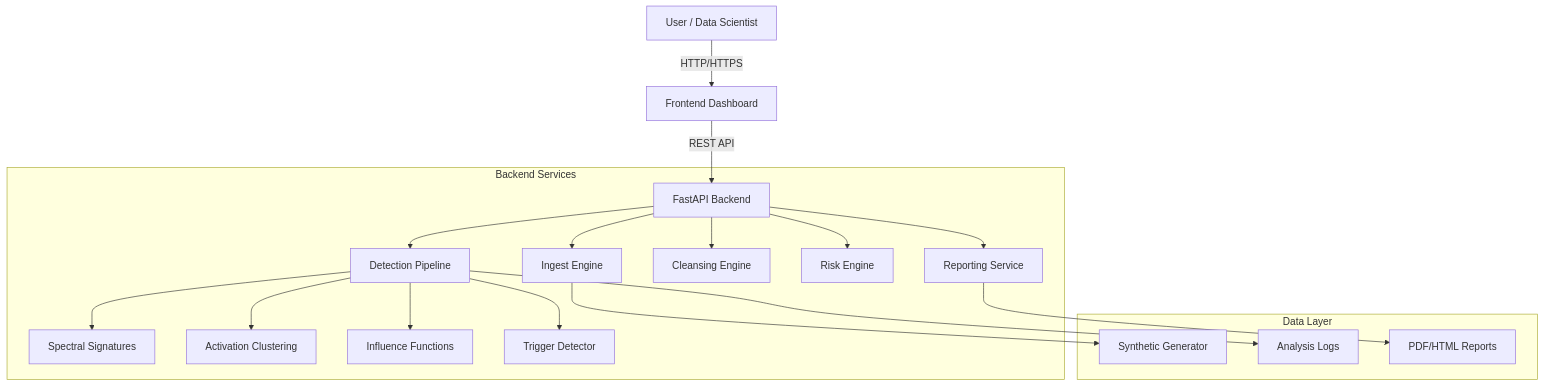
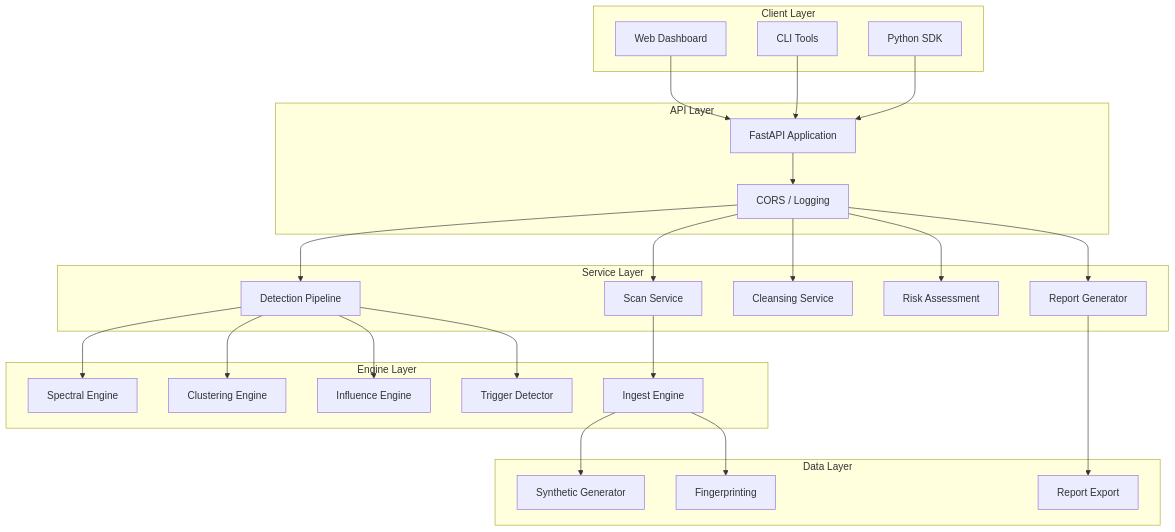
One commit to Raoof128/DPDT changed the first of 4 diagrams in docs/ARCHITECTURE.md. Above: the diagram before and after it, drawn with Mermaid. The commit also changed other lines of this file and 3 other files, not shown here.

````diff
--- a/docs/ARCHITECTURE.md
+++ b/docs/ARCHITECTURE.md
@@ -9,24 +28,56 @@
 ```mermaid
 graph TD
-    User[User / Data Scientist] -->|HTTP/HTTPS| Frontend[Frontend Dashboard]
-    Frontend -->|REST API| API[FastAPI Backend]
+    subgraph Client Layer
+        Web[Web Dashboard]
+        CLI[CLI Tools]
+        SDK[Python SDK]
+    end
+
+    subgraph API Layer
+        API[FastAPI Application]
+        Middleware[CORS / Logging]
+    end
+
+    subgraph Service Layer
+        Scan[Scan Service]
+        Detect[Detection Pipeline]
+        Clean[Cleansing Service]
+        Risk[Risk Assessment]
+        Report[Report Generator]
+    end
+
+    subgraph Engine Layer
+        Spectral[Spectral Engine]
+        Cluster[Clustering Engine]
+        Influence[Influence Engine]
+        Trigger[Trigger Detector]
+        Ingest[Ingest Engine]
+    end
+
+    subgraph Data Layer
+        SynGen[Synthetic Generator]
+        Hash[Fingerprinting]
+        Export[Report Export]
+    end
+
+    Web --> API
+    CLI --> API
+    SDK --> API
     
-    subgraph Backend Services
-        API --> Ingest[Ingest Engine]
-        API --> Detect[Detection Pipeline]
-        API --> Clean[Cleansing Engine]
-        API --> Risk[Risk Engine]
-        API --> Report[Reporting Service]
-        
-        Detect --> Spectral[Spectral Signatures]
-        Detect --> Clustering[Activation Clustering]
-        Detect --> Influence[Influence Functions]
-        Detect --> Trigger[Trigger Detector]
-    end
-    
-    subgraph Data Layer
-        Ingest --> Synthetic[Synthetic Generator]
-        Detect --> Logs[Analysis Logs]
-        Report --> Exports[PDF/HTML Reports]
-    end
+    API --> Middleware
+    Middleware --> Scan
+    Middleware --> Detect
+    Middleware --> Clean
+    Middleware --> Risk
+    Middleware --> Report
+
+    Detect --> Spectral
+    Detect --> Cluster
+    Detect --> Influence
+    Detect --> Trigger
+
+    Scan --> Ingest
+    Ingest --> SynGen
+    Report --> Export
+    Ingest --> Hash
 ```
````
